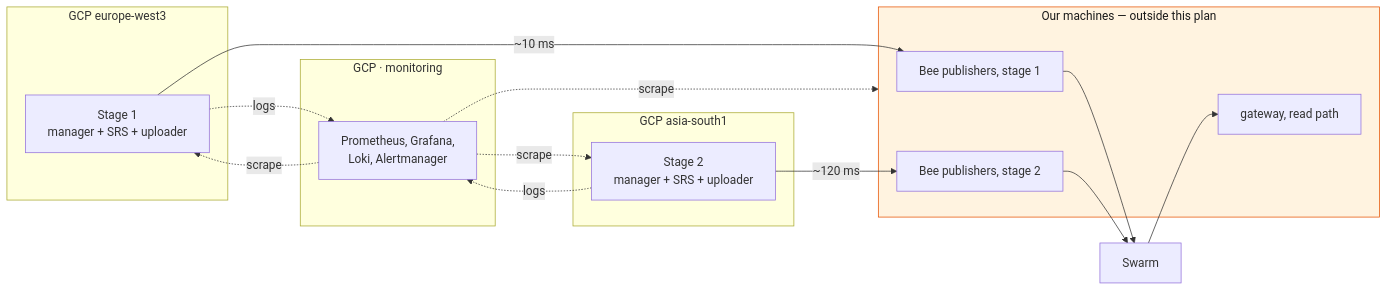
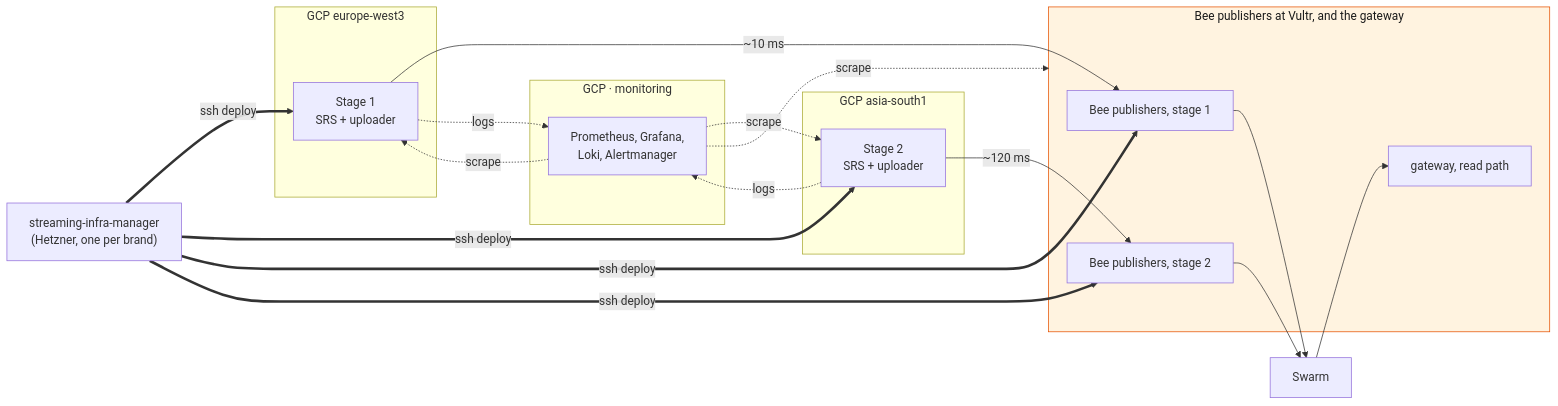
The diagram in two-stage-terraform.md (Solar-Punk-Ltd/streaming-monorepo), drawn with Mermaid before and after one commit. The commit also changed other lines of this file, not shown here.

````diff
--- a/two-stage-terraform.md
+++ b/two-stage-terraform.md
@@ -113,28 +131,33 @@
 ```mermaid
 flowchart LR
+    MGR["streaming-infra-manager<br/>(Hetzner, one per brand)"]
     subgraph FRA["GCP europe-west3"]
-        S1["Stage 1<br/>manager + SRS + uploader"]
+        S1["Stage 1<br/>SRS + uploader"]
     end
     subgraph BOM["GCP asia-south1"]
-        S2["Stage 2<br/>manager + SRS + uploader"]
+        S2["Stage 2<br/>SRS + uploader"]
     end
-    subgraph OWN["Our machines — outside this plan"]
+    subgraph OWN["Bee publishers at Vultr, and the gateway"]
         B1["Bee publishers, stage 1"]
         B2["Bee publishers, stage 2"]
         GW["gateway, read path"]
     end
     subgraph MON["GCP · monitoring"]
         M["Prometheus, Grafana,<br/>Loki, Alertmanager"]
     end
+    MGR ==>|"ssh deploy"| S1
+    MGR ==>|"ssh deploy"| S2
+    MGR ==>|"ssh deploy"| B1
+    MGR ==>|"ssh deploy"| B2
     S1 -->|"~10 ms"| B1
     S2 -->|"~120 ms"| B2
     B1 --> SW["Swarm"]
     B2 --> SW
     SW --> GW
     M -.->|"scrape"| S1
     M -.->|"scrape"| S2
     M -.->|"scrape"| OWN
     S1 -.->|"logs"| M
     S2 -.->|"logs"| M
     style OWN fill:#fff3e0,stroke:#e65100,color:#1a1a1a
 ```
````
